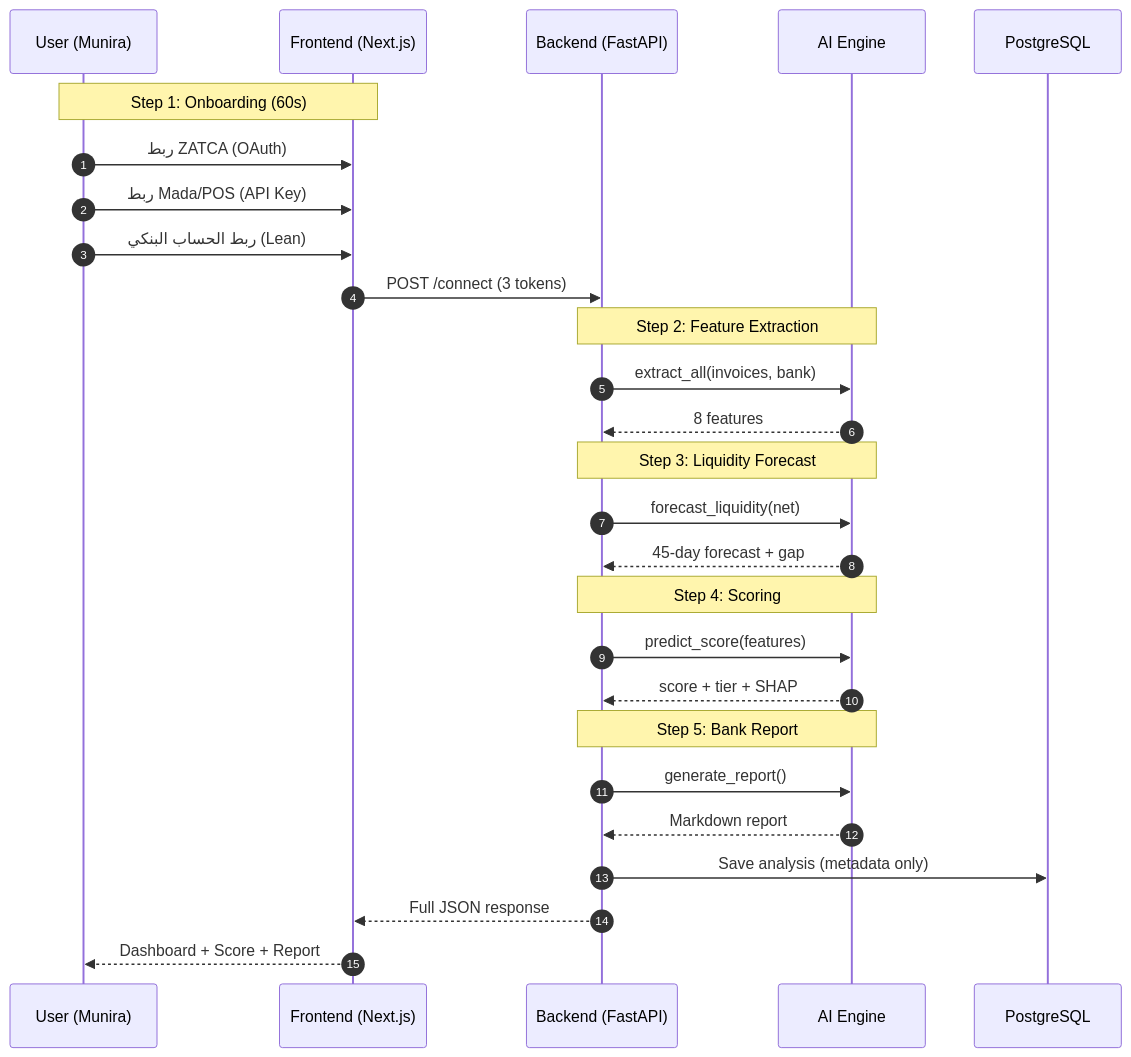
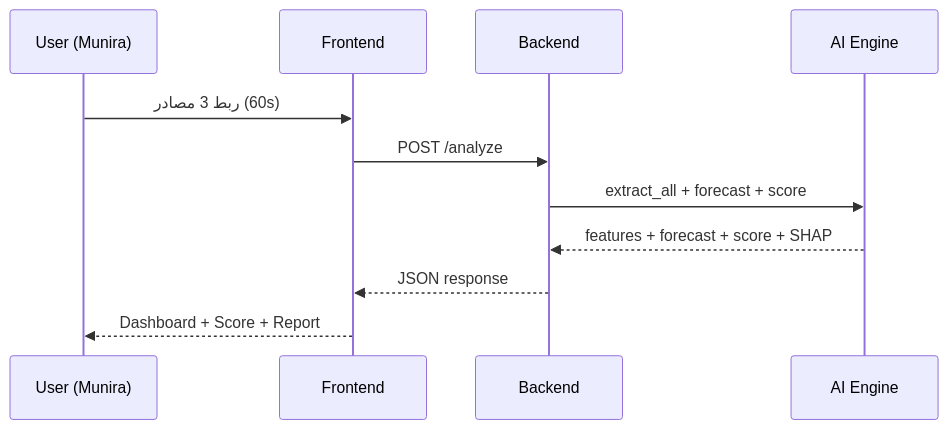
One commit to majmaah99-ops/jahiz changed the diagram in docs/architecture.md. Above: the diagram before and after it, drawn with Mermaid. The commit also changed other lines of this file, not shown here.

First line of the commit message:
Update architecture.md with new features and diagrams

````diff
--- a/docs/architecture.md
+++ b/docs/architecture.md
@@ -252,35 +171,14 @@
 ```mermaid
 sequenceDiagram
-    autonumber
     participant U as User (Munira)
-    participant F as Frontend (Next.js)
-    participant B as Backend (FastAPI)
+    participant F as Frontend
+    participant B as Backend
     participant AI as AI Engine
-    participant DB as PostgreSQL
 
-    Note over U,F: Step 1: Onboarding (60s)
-    U->>F: ربط ZATCA (OAuth)
-    U->>F: ربط Mada/POS (API Key)
-    U->>F: ربط الحساب البنكي (Lean)
-    F->>B: POST /connect (3 tokens)
-
-    Note over B,AI: Step 2: Feature Extraction
-    B->>AI: extract_all(invoices, bank)
-    AI-->>B: 8 features
-
-    Note over B,AI: Step 3: Liquidity Forecast
-    B->>AI: forecast_liquidity(net)
-    AI-->>B: 45-day forecast + gap
-
-    Note over B,AI: Step 4: Scoring
-    B->>AI: predict_score(features)
-    AI-->>B: score + tier + SHAP
-
-    Note over B,AI: Step 5: Bank Report
-    B->>AI: generate_report()
-    AI-->>B: Markdown report
-
-    B->>DB: Save analysis (metadata only)
-    B-->>F: Full JSON response
+    U->>F: ربط 3 مصادر (60s)
+    F->>B: POST /analyze
+    B->>AI: extract_all + forecast + score
+    AI-->>B: features + forecast + score + SHAP
+    B-->>F: JSON response
     F-->>U: Dashboard + Score + Report
 ```
````
